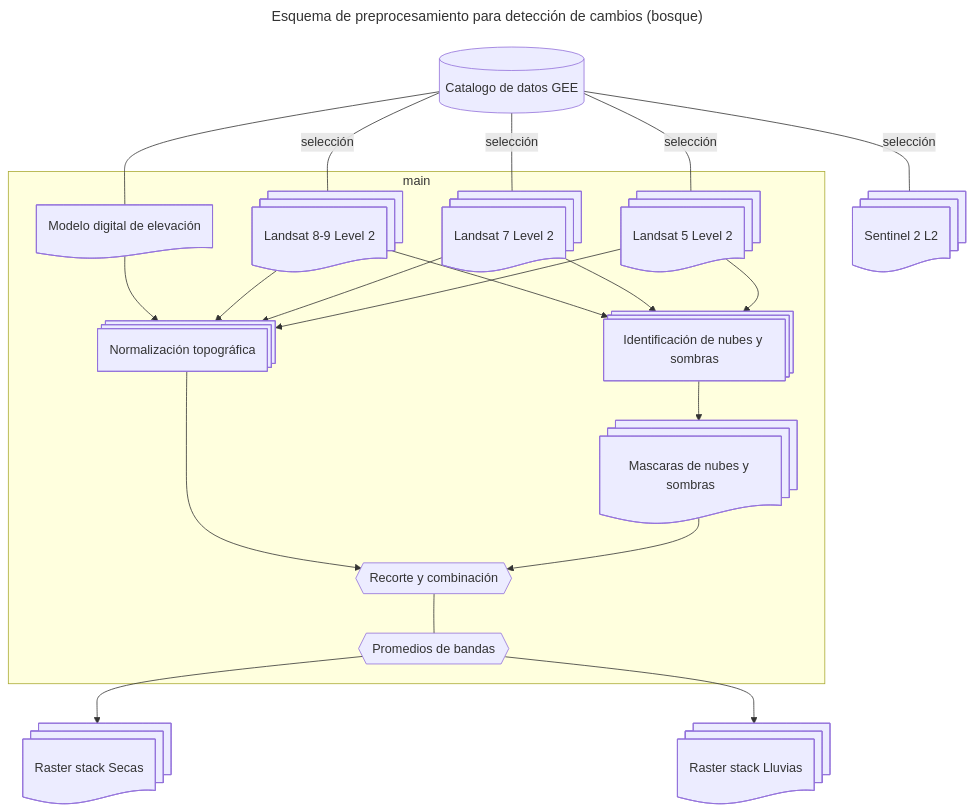
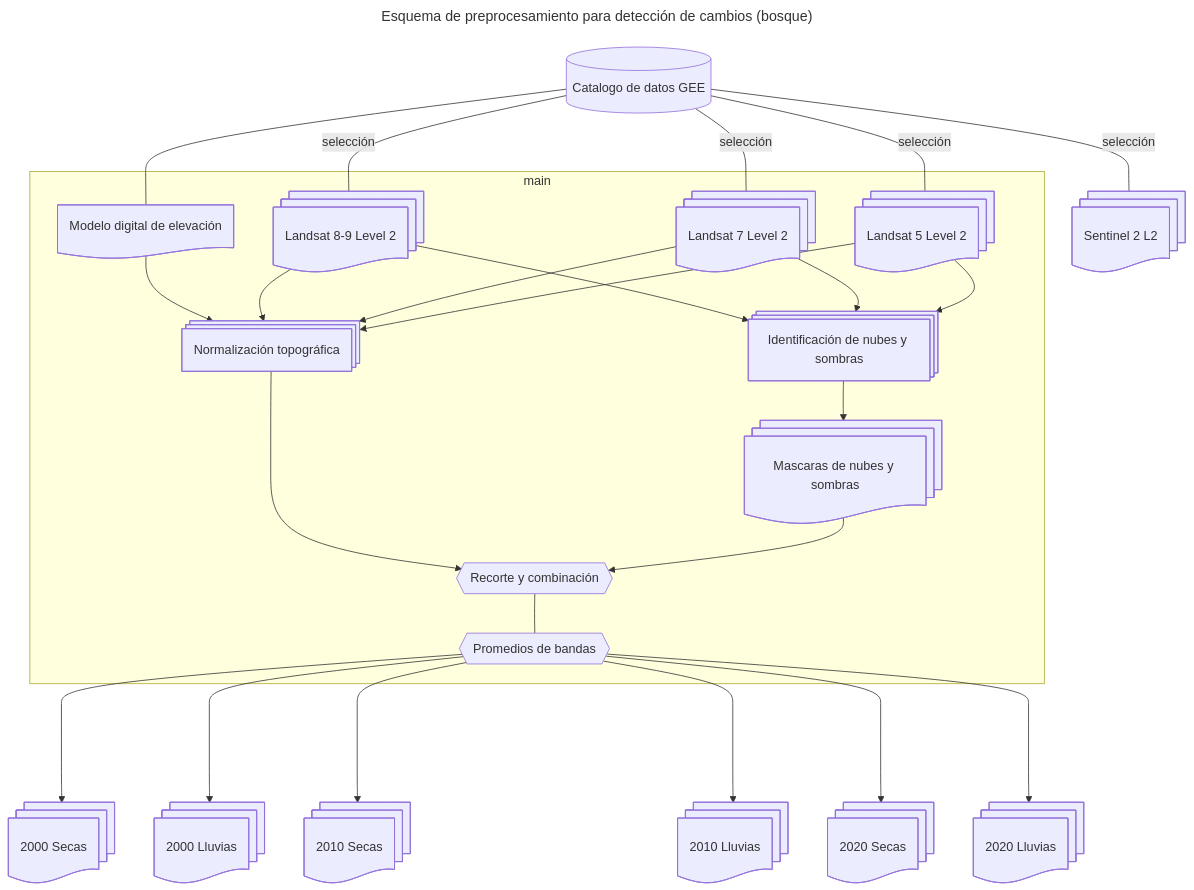
The diagram in ANPs/Esquema_preprocesamiento.mermaid (vshalisko/GEE), drawn with Mermaid before and after one commit. The commit also changed other lines of this file, not shown here.

```diff
--- a/ANPs/Esquema_preprocesamiento.mermaid
+++ b/ANPs/Esquema_preprocesamiento.mermaid
@@ -1,45 +1,54 @@
 ---
 title: Esquema de preprocesamiento para detección de cambios (bosque)
 ---
 flowchart TD
     gee1[(Catalogo de datos GEE)]
     Landsat8@{ shape: docs, label: Landsat 8-9 Level 2}
     Landsat7@{ shape: docs, label: Landsat 7 Level 2}
     Landsat5@{ shape: docs, label: Landsat 5 Level 2}
     Sentinel2@{ shape: docs, label: Sentinel 2 L2}
     MDE@{ shape: doc, label: Modelo digital de elevación}
     
     INS@{ shape: procs, label: "Identificación de nubes y sombras"}
     MNS@{ shape: docs, label: "Mascaras de nubes y sombras"}
     NT@{ shape: procs, label: "Normalización topográfica"}
     Combinacion1@{ shape: hex, label: "Recorte y combinación" }
     Combinacion2@{ shape: hex, label: "Promedios de bandas" }
 
-    BSecas@{ shape: docs, label: Raster stack Secas}
-    BLluvias@{ shape: docs, label: Raster stack Lluvias}
+    BSecas2000@{ shape: docs, label: 2000 Secas}
+    BLluvias2000@{ shape: docs, label: 2000 Lluvias}
+    BSecas2010@{ shape: docs, label: 2010 Secas}
+    BLluvias2010@{ shape: docs, label: 2010 Lluvias}
+    BSecas2020@{ shape: docs, label: 2020 Secas}
+    BLluvias2020@{ shape: docs, label: 2020 Lluvias}
+
 
     gee1---|selección|Landsat8
     gee1---|selección|Landsat7
     gee1---|selección|Landsat5
     gee1---|selección|Sentinel2
     gee1---MDE
 
     subgraph main
         Landsat8-->INS
         Landsat7-->INS
         Landsat5-->INS
 
         MDE-->NT
         Landsat8-->NT
         Landsat7-->NT
         Landsat5-->NT
 
         INS-->MNS
         NT-->Combinacion1
         MNS-->Combinacion1
         Combinacion1---Combinacion2
         
     end
 
-    Combinacion2-->BSecas
-    Combinacion2-->BLluvias
+    Combinacion2---->BSecas2000
+    Combinacion2---->BLluvias2000
+    Combinacion2---->BSecas2010
+    Combinacion2---->BLluvias2010
+    Combinacion2---->BSecas2020
+    Combinacion2---->BLluvias2020
```
